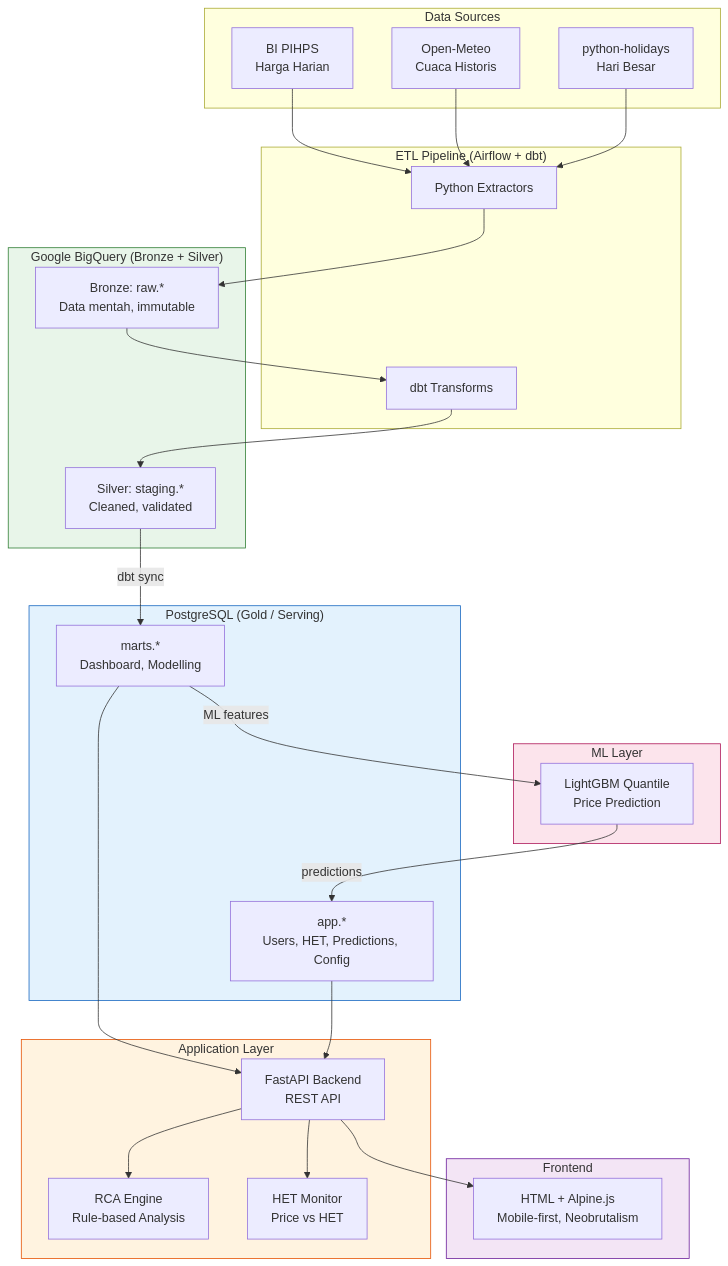
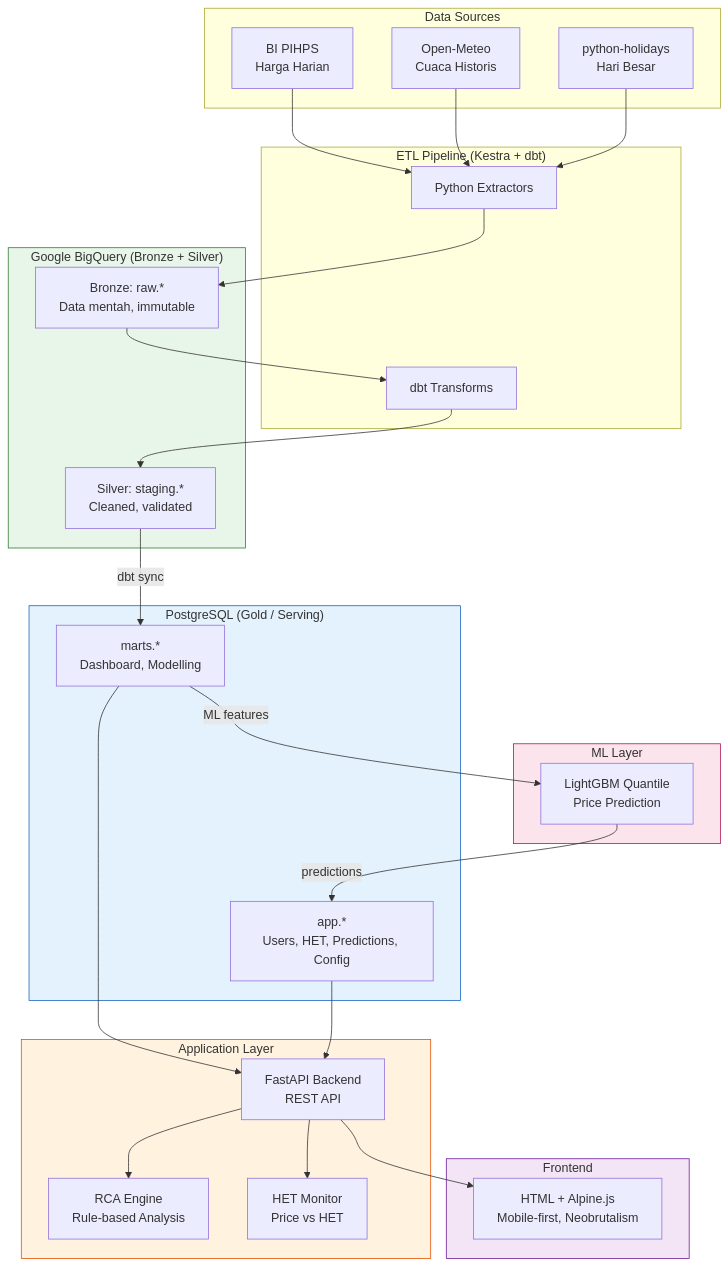
One commit to RayhanLup1n/bi-hackathon-group-1 changed the first of 11 diagrams in docs/sda/SYSTEM_DESIGN.md. Above: the diagram before and after it, drawn with Mermaid. The commit also changed other lines of this file and 30 other files, not shown here.

````diff
--- a/docs/sda/SYSTEM_DESIGN.md
+++ b/docs/sda/SYSTEM_DESIGN.md
@@ -12,58 +12,58 @@
 ```mermaid
 graph TB
     subgraph Sources ["Data Sources"]
         S1["BI PIHPS<br/>Harga Harian"]
         S2["Open-Meteo<br/>Cuaca Historis"]
         S3["python-holidays<br/>Hari Besar"]
     end
 
-    subgraph ETL ["ETL Pipeline (Airflow + dbt)"]
+    subgraph ETL ["ETL Pipeline (Kestra + dbt)"]
         E1["Python Extractors"]
         E2["dbt Transforms"]
     end
 
     subgraph BQ ["Google BigQuery (Bronze + Silver)"]
         B1["Bronze: raw.*<br/>Data mentah, immutable"]
         B2["Silver: staging.*<br/>Cleaned, validated"]
     end
 
     subgraph PG ["PostgreSQL (Gold / Serving)"]
         G1["marts.*<br/>Dashboard, Modelling"]
         G2["app.*<br/>Users, HET, Predictions, Config"]
     end
 
     subgraph App ["Application Layer"]
         A1["FastAPI Backend<br/>REST API"]
         A2["RCA Engine<br/>Rule-based Analysis"]
         A3["HET Monitor<br/>Price vs HET"]
     end
 
     subgraph ML ["ML Layer"]
         M1["LightGBM Quantile<br/>Price Prediction"]
     end
 
     subgraph FE ["Frontend"]
         F1["HTML + Alpine.js<br/>Mobile-first, Neobrutalism"]
     end
 
     S1 --> E1
     S2 --> E1
     S3 --> E1
     E1 --> B1
     B1 --> E2
     E2 --> B2
     B2 -->|"dbt sync"| G1
     G1 --> A1
     G2 --> A1
     A1 --> A2
     A1 --> A3
     G1 -->|"ML features"| M1
     M1 -->|"predictions"| G2
     A1 --> F1
 
     style BQ fill:#E8F5E9,stroke:#2E7D32
     style PG fill:#E3F2FD,stroke:#1565C0
     style App fill:#FFF3E0,stroke:#E65100
     style FE fill:#F3E5F5,stroke:#6A1B9A
     style ML fill:#FCE4EC,stroke:#AD1457
 ```
````
